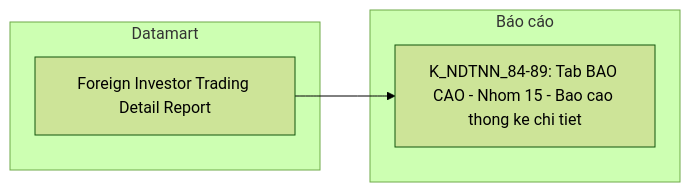
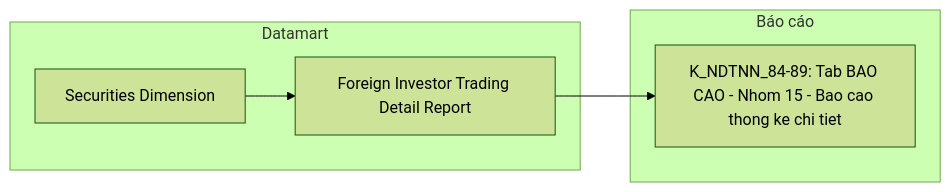
Before and after one commit to linhlvit/ubck_atomic_design: diagram 29 of 30 in Datamart/hld/DTM_NDTNN_HLD.md, drawn with Mermaid (forest theme). The commit also changed other lines of this file and 11 other files, not shown here.

````diff
--- a/Datamart/hld/DTM_NDTNN_HLD.md
+++ b/Datamart/hld/DTM_NDTNN_HLD.md
@@ -1253,10 +1284,12 @@
 ```mermaid
 flowchart LR
     subgraph Datamart["Datamart"]
+        D1["Securities Dimension"]
         G1["Foreign Investor Trading Detail Report"]
     end
     subgraph RPT["Báo cáo"]
         R1["K_NDTNN_84-89: Tab BAO CAO - Nhom 15 - Bao cao thong ke chi tiet"]
     end
+    D1 --> G1
     G1 --> R1
 ```
````
